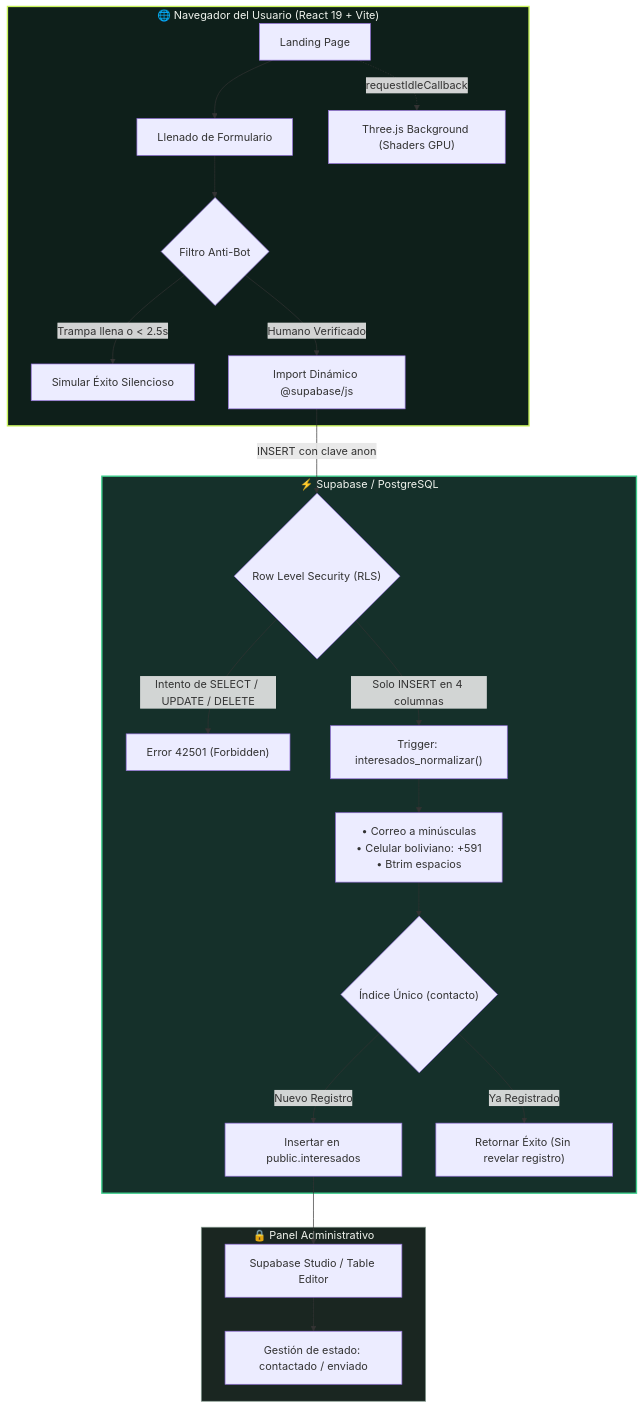
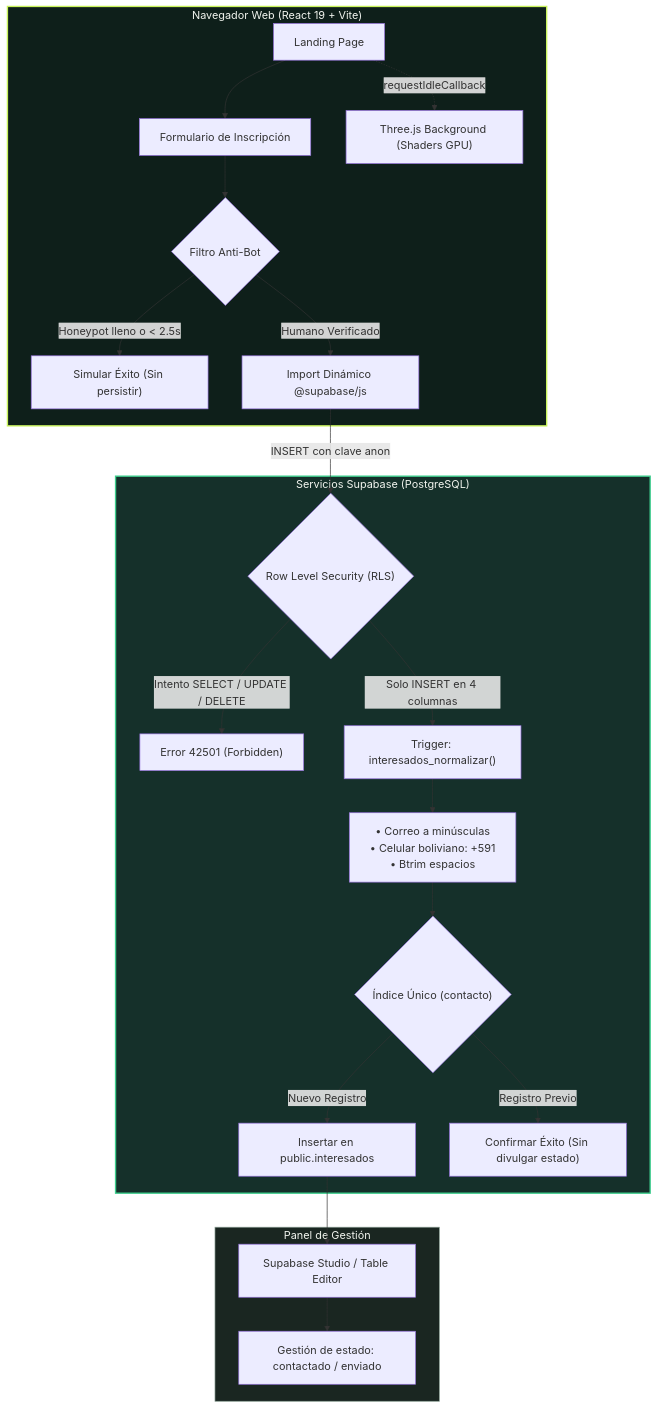
Before and after one commit to Petra761/tuki-landing: the diagram in README.md, drawn with Mermaid. The commit also changed other lines of this file, not shown here.

````diff
--- a/README.md
+++ b/README.md
@@ -110,32 +114,32 @@
 ```mermaid
 flowchart TD
-    subgraph Cliente["🌐 Navegador del Usuario (React 19 + Vite)"]
-        Landing["Landing Page"] --> Interaccion["Llenado de Formulario"]
+    subgraph Cliente["Navegador Web (React 19 + Vite)"]
+        Landing["Landing Page"] --> Interaccion["Formulario de Inscripción"]
         Landing -.->|requestIdleCallback| ThreeBG["Three.js Background (Shaders GPU)"]
         
         Interaccion --> Filtro{"Filtro Anti-Bot"}
-        Filtro -- "Trampa llena o < 2.5s" --> FakeOK["Simular Éxito Silencioso"]
+        Filtro -- "Honeypot lleno o < 2.5s" --> FakeOK["Simular Éxito (Sin persistir)"]
         Filtro -- "Humano Verificado" --> DynamicSupabase["Import Dinámico @supabase/js"]
     end
 
-    subgraph Supabase["⚡ Supabase / PostgreSQL"]
+    subgraph Supabase["Servicios Supabase (PostgreSQL)"]
         DynamicSupabase -->|INSERT con clave anon| RLS{"Row Level Security (RLS)"}
-        RLS -- "Intento de SELECT / UPDATE / DELETE" --> Rechazo["Error 42501 (Forbidden)"]
+        RLS -- "Intento SELECT / UPDATE / DELETE" --> Rechazo["Error 42501 (Forbidden)"]
         RLS -- "Solo INSERT en 4 columnas" --> Normalizar["Trigger: interesados_normalizar()"]
         
         Normalizar --> CleanData["• Correo a minúsculas\n• Celular boliviano: +591\n• Btrim espacios"]
         CleanData --> Unique{"Índice Único (contacto)"}
         
         Unique -- "Nuevo Registro" --> Insert["Insertar en public.interesados"]
-        Unique -- "Ya Registrado" --> Conflicto["Retornar Éxito (Sin revelar registro)"]
+        Unique -- "Registro Previo" --> Conflicto["Confirmar Éxito (Sin divulgar estado)"]
     end
 
-    subgraph Admin["🔒 Panel Administrativo"]
+    subgraph Admin["Panel de Gestión"]
         Insert --> TableEditor["Supabase Studio / Table Editor"]
         TableEditor --> Gestion["Gestión de estado: contactado / enviado"]
     end
 
     style Cliente fill:#0E1F1A,stroke:#C8F25A,stroke-width:2px,color:#F1F4EE
     style Supabase fill:#15302A,stroke:#3ECF8E,stroke-width:2px,color:#F1F4EE
     style Admin fill:#1A2621,stroke:#8CA096,stroke-width:1px,color:#F1F4EE
 ```
````
